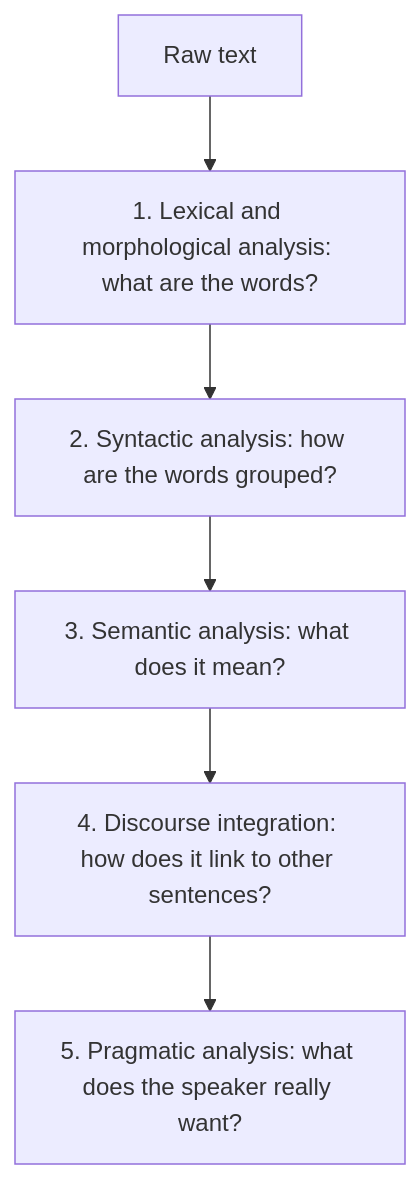
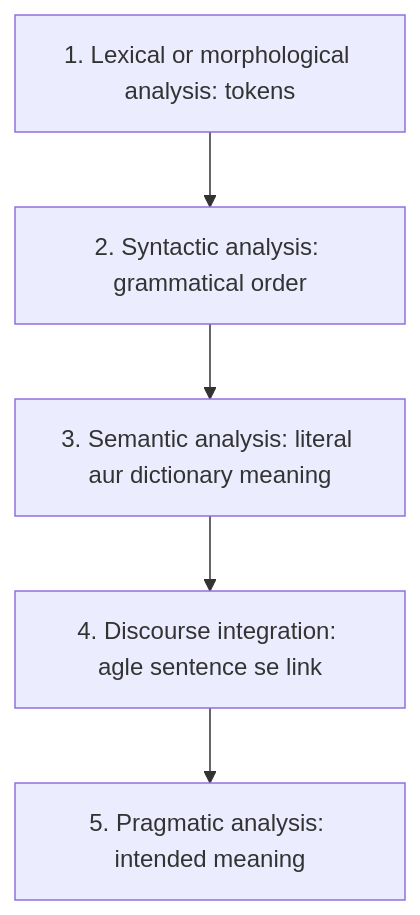
The diagram in content/natural-language-processing/pyq/2025-05-ce/q2b.hi.mdx (TrendySloth1001/sem-seven-notes), drawn with Mermaid before and after one commit. The commit also changed other lines of this file and 406 other files, not shown here.

````diff
--- a/content/natural-language-processing/pyq/2025-05-ce/q2b.hi.mdx
+++ b/content/natural-language-processing/pyq/2025-05-ce/q2b.hi.mdx
@@ -9,9 +13,8 @@
 ```mermaid
-%% caption: NLP ke paanch stages. Har stage pichle stage ka output use karta hai.
+%% caption: NLP ke paanch stages order mein. Har stage sentence ke baare mein ek aur cheez check karta hai.
 flowchart TD
-  A["Raw text"] --> B["1. Lexical and morphological analysis: what are the words?"]
-  B --> C["2. Syntactic analysis: how are the words grouped?"]
-  C --> D["3. Semantic analysis: what does it mean?"]
-  D --> E["4. Discourse integration: how does it link to other sentences?"]
-  E --> F["5. Pragmatic analysis: what does the speaker really want?"]
+  A["1. Lexical or morphological analysis: tokens"] --> B["2. Syntactic analysis: grammatical order"]
+  B --> C["3. Semantic analysis: literal aur dictionary meaning"]
+  C --> D["4. Discourse integration: agle sentence se link"]
+  D --> E["5. Pragmatic analysis: intended meaning"]
 ```
````
